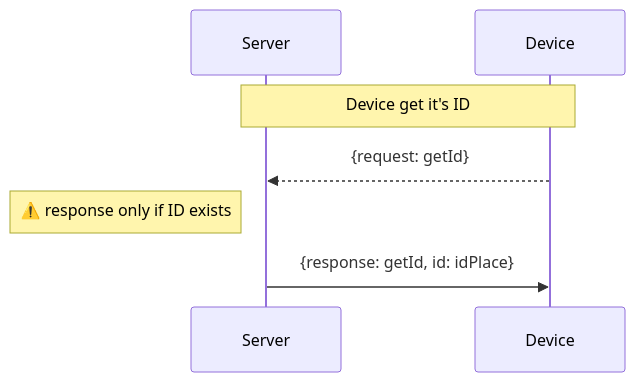
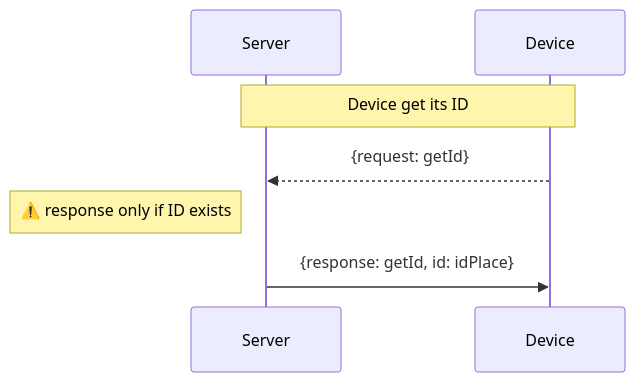
One commit to katheleligaf/rio203-sensors changed the second of 6 diagrams in README.md. Above: the diagram before and after it, drawn with Mermaid. The commit also changed other lines of this file, not shown here.

````diff
--- a/README.md
+++ b/README.md
@@ -16,7 +16,7 @@
 ```mermaid
 sequenceDiagram
-    Note over Server,Device: Device get it's ID
+    Note over Server,Device: Device get its ID
     Device -->> Server: {request: getId}
     Note left of Server: ⚠️ response only if ID exists
     Server ->>Device : {response: getId, id: idPlace} 
 ```
````
